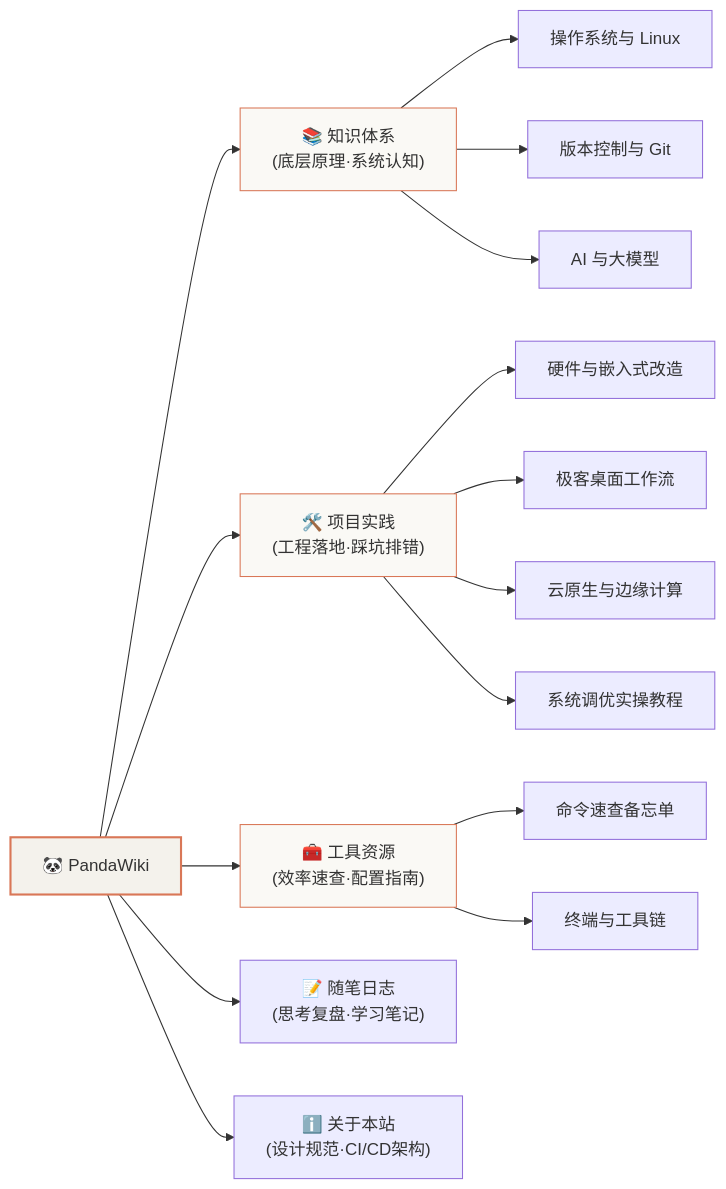
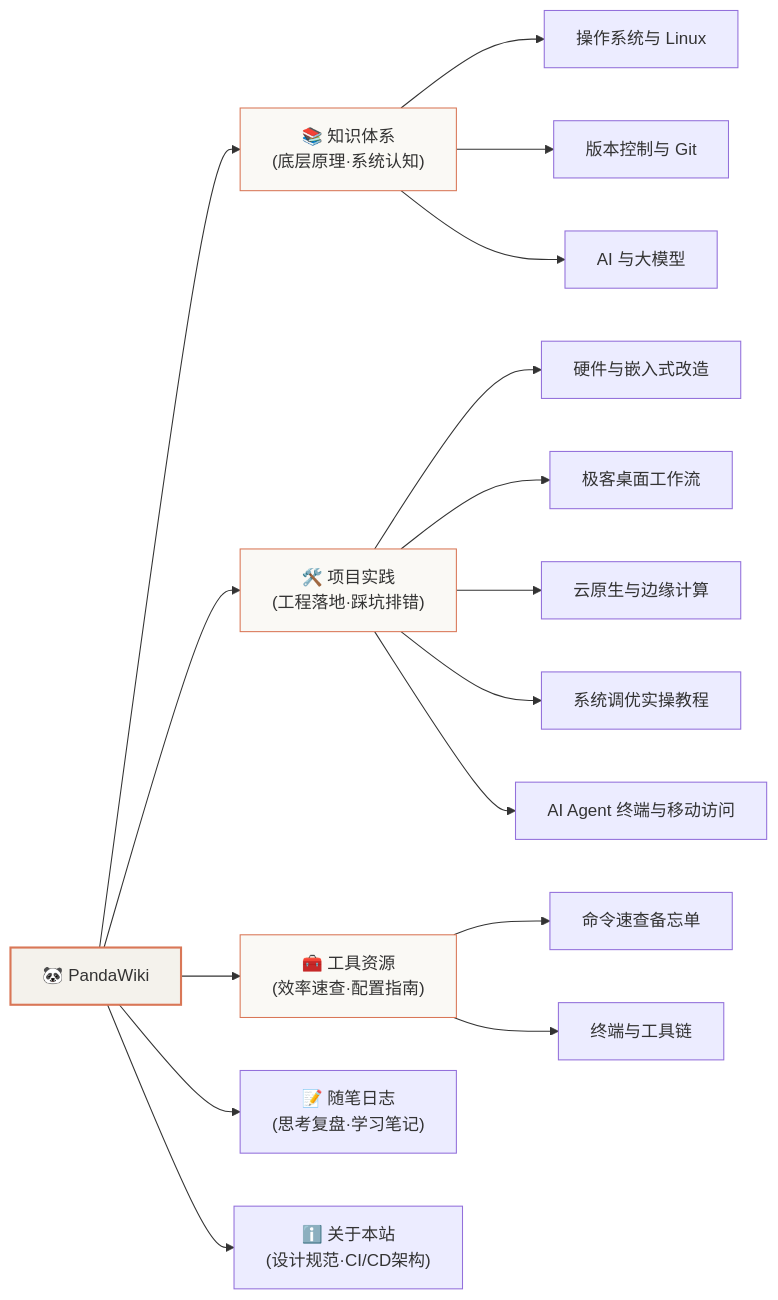
One commit to Xepanda/wiki changed the diagram in docs/intro.mdx. Above: the diagram before and after it, drawn with Mermaid. The commit also changed other lines of this file and 6 other files, not shown here.

````diff
--- a/docs/intro.mdx
+++ b/docs/intro.mdx
@@ -18,25 +18,26 @@
 ```mermaid
 graph LR
     PandaWiki["🐼 PandaWiki"] --> K["📚 知识体系<br/>(底层原理·系统认知)"]
     PandaWiki --> P["🛠️ 项目实践<br/>(工程落地·踩坑排错)"]
     PandaWiki --> R["🧰 工具资源<br/>(效率速查·配置指南)"]
     PandaWiki --> J["📝 随笔日志<br/>(思考复盘·学习笔记)"]
     PandaWiki --> A["ℹ️ 关于本站<br/>(设计规范·CI/CD架构)"]
 
     K --> K1["操作系统与 Linux"]
     K --> K2["版本控制与 Git"]
     K --> K3["AI 与大模型"]
 
     P --> P1["硬件与嵌入式改造"]
     P --> P2["极客桌面工作流"]
     P --> P3["云原生与边缘计算"]
     P --> P4["系统调优实操教程"]
+    P --> P5["AI Agent 终端与移动访问"]
 
     R --> R1["命令速查备忘单"]
     R --> R2["终端与工具链"]
 
     style PandaWiki fill:#f4f2ec,stroke:#d97757,stroke-width:2px
     style K fill:#faf9f5,stroke:#d97757
     style P fill:#faf9f5,stroke:#d97757
     style R fill:#faf9f5,stroke:#d97757
 ```
````
